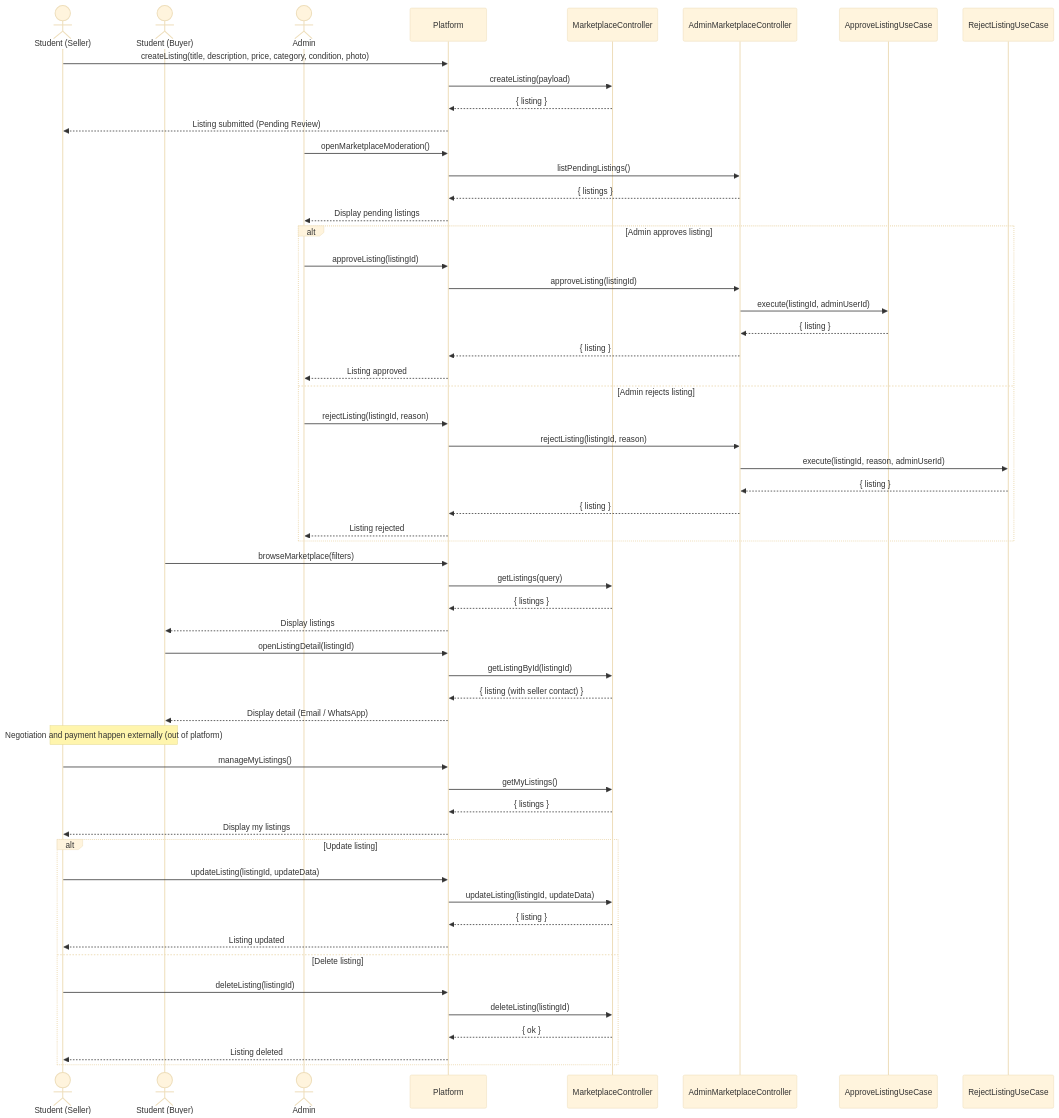
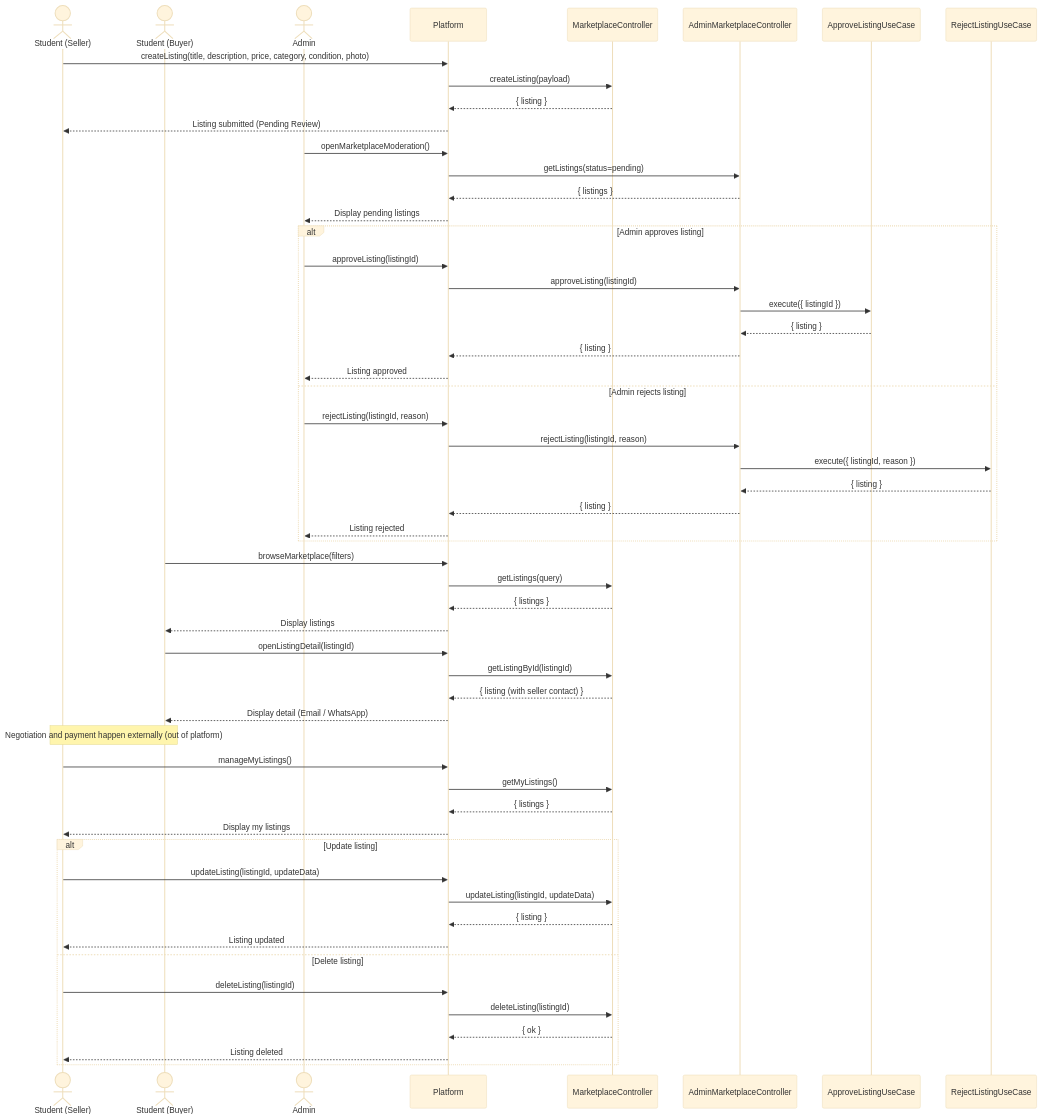
One commit to NovaLogic-Systems/gestArtes-docs changed the ninth of 23 diagrams in diagrams/Sequence Diagram/sequencediagram.md. Above: the diagram before and after it, drawn with Mermaid (base theme). The commit also changed other lines of this file and 4 other files, not shown here.

````diff
--- a/diagrams/Sequence Diagram/sequencediagram.md
+++ b/diagrams/Sequence Diagram/sequencediagram.md
@@ -306,66 +311,66 @@
 ```mermaid
 sequenceDiagram
     actor Seller as Student (Seller)
     actor Buyer as Student (Buyer)
     actor Admin
     participant Platform as Platform
     participant MarketplaceController as MarketplaceController
     participant AdminMarketplaceController as AdminMarketplaceController
     participant ApproveListingUseCase as ApproveListingUseCase
     participant RejectListingUseCase as RejectListingUseCase
 
     Seller->>Platform: createListing(title, description, price, category, condition, photo)
     Platform->>MarketplaceController: createListing(payload)
     MarketplaceController-->>Platform: { listing }
     Platform-->>Seller: Listing submitted (Pending Review)
 
     Admin->>Platform: openMarketplaceModeration()
-    Platform->>AdminMarketplaceController: listPendingListings()
+    Platform->>AdminMarketplaceController: getListings(status=pending)
     AdminMarketplaceController-->>Platform: { listings }
     Platform-->>Admin: Display pending listings
 
     alt Admin approves listing
         Admin->>Platform: approveListing(listingId)
         Platform->>AdminMarketplaceController: approveListing(listingId)
-        AdminMarketplaceController->>ApproveListingUseCase: execute(listingId, adminUserId)
+        AdminMarketplaceController->>ApproveListingUseCase: execute({ listingId })
         ApproveListingUseCase-->>AdminMarketplaceController: { listing }
         AdminMarketplaceController-->>Platform: { listing }
         Platform-->>Admin: Listing approved
     else Admin rejects listing
         Admin->>Platform: rejectListing(listingId, reason)
         Platform->>AdminMarketplaceController: rejectListing(listingId, reason)
-        AdminMarketplaceController->>RejectListingUseCase: execute(listingId, reason, adminUserId)
+        AdminMarketplaceController->>RejectListingUseCase: execute({ listingId, reason })
         RejectListingUseCase-->>AdminMarketplaceController: { listing }
         AdminMarketplaceController-->>Platform: { listing }
         Platform-->>Admin: Listing rejected
     end
 
     Buyer->>Platform: browseMarketplace(filters)
     Platform->>MarketplaceController: getListings(query)
     MarketplaceController-->>Platform: { listings }
     Platform-->>Buyer: Display listings
 
     Buyer->>Platform: openListingDetail(listingId)
     Platform->>MarketplaceController: getListingById(listingId)
     MarketplaceController-->>Platform: { listing (with seller contact) }
     Platform-->>Buyer: Display detail (Email / WhatsApp)
 
     Note over Buyer,Seller: Negotiation and payment happen externally (out of platform)
 
     Seller->>Platform: manageMyListings()
     Platform->>MarketplaceController: getMyListings()
     MarketplaceController-->>Platform: { listings }
     Platform-->>Seller: Display my listings
 
     alt Update listing
         Seller->>Platform: updateListing(listingId, updateData)
         Platform->>MarketplaceController: updateListing(listingId, updateData)
         MarketplaceController-->>Platform: { listing }
         Platform-->>Seller: Listing updated
     else Delete listing
         Seller->>Platform: deleteListing(listingId)
         Platform->>MarketplaceController: deleteListing(listingId)
         MarketplaceController-->>Platform: { ok }
         Platform-->>Seller: Listing deleted
     end
 ```
````
